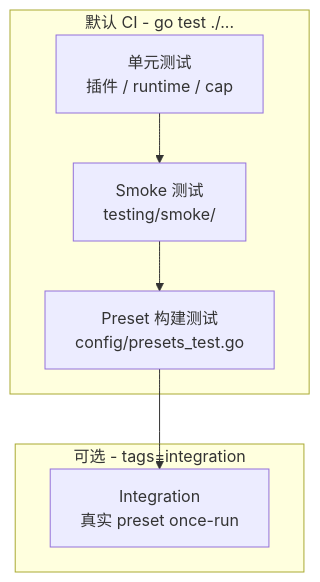
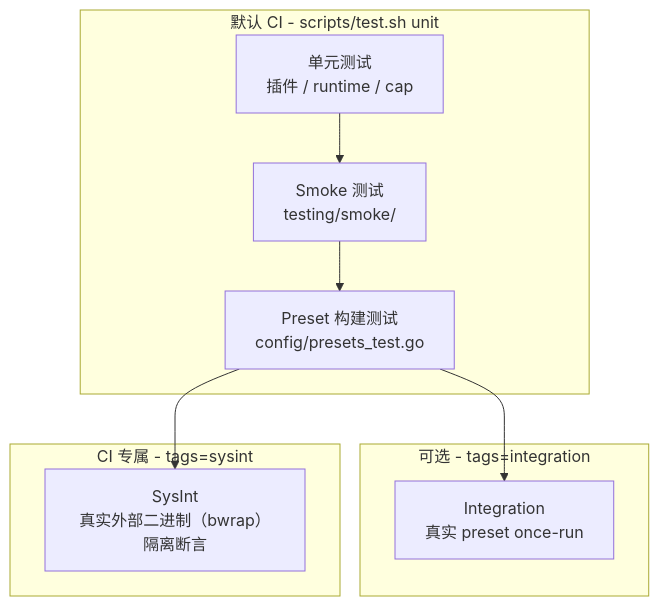
One commit to lengzhao/agentkit changed the diagram in docs/guides/testing.zh.md. Above: the diagram before and after it, drawn with Mermaid. The commit also changed other lines of this file and 4 other files, not shown here.

First line of the commit message:
test: 加固测试体系——CI 单源化、race/vet 门禁、sysint 层与覆盖率

````diff
--- a/docs/guides/testing.zh.md
+++ b/docs/guides/testing.zh.md
@@ -7,14 +7,18 @@
 ```mermaid
 flowchart TB
-  subgraph fast [默认 CI - go test ./...]
+  subgraph fast [默认 CI - scripts/test.sh unit]
     U[单元测试<br/>插件 / runtime / cap]
     S[Smoke 测试<br/>testing/smoke/]
     P[Preset 构建测试<br/>config/presets_test.go]
   end
   subgraph slow [可选 - tags=integration]
     I[Integration<br/>真实 preset once-run]
   end
+  subgraph sys [CI 专属 - tags=sysint]
+    X[SysInt<br/>真实外部二进制（bwrap）隔离断言]
+  end
   U --> S
   S --> P
   P --> I
+  P --> X
 ```
````
